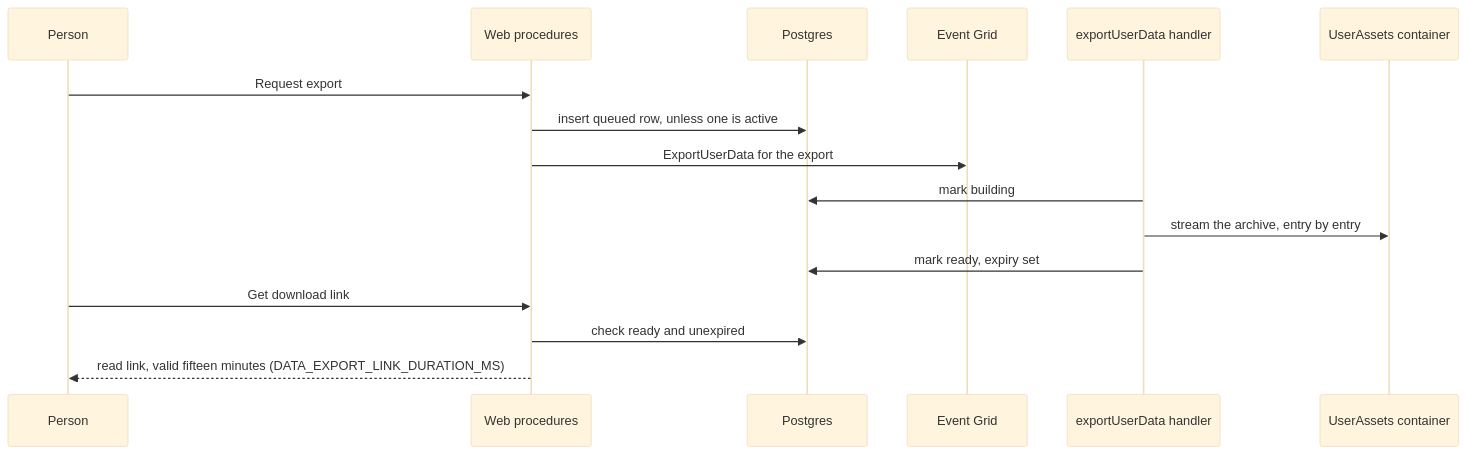
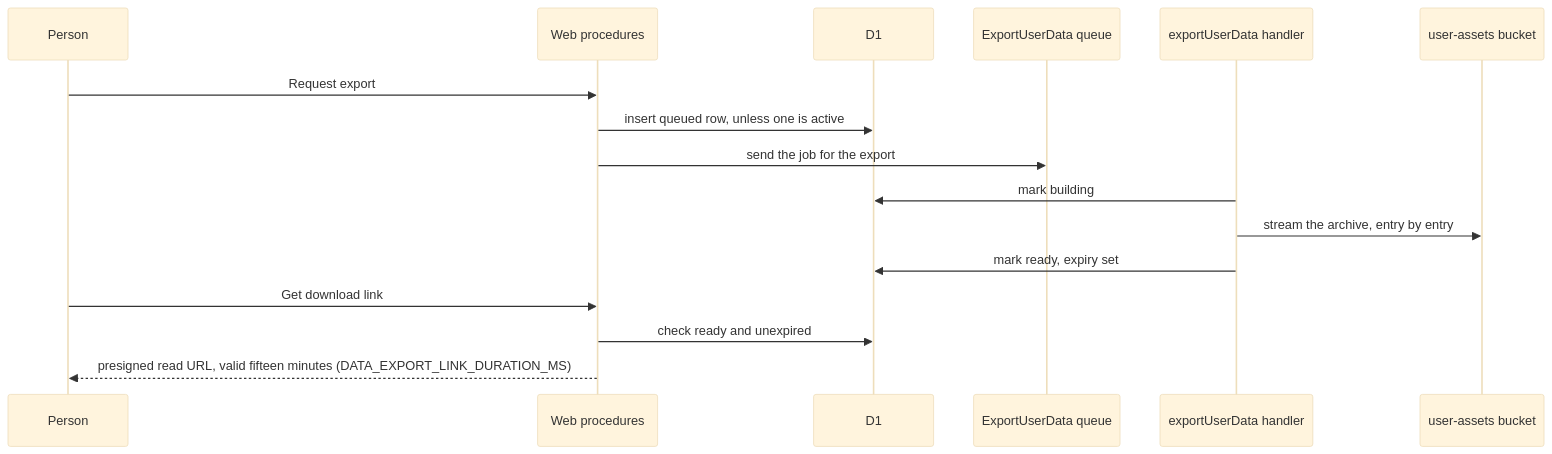
Before and after one commit to Esposter/Esposter: the diagram in openspec/specs/user/data-export/design.md, drawn with Mermaid (base theme). The commit also changed other lines of this file and 2 other files, not shown here.

Commit message:
docs(openspec): account deletion, data export and session management describe the D1 rows, the queue job, the room and user objects and R2 objects

````diff
--- a/openspec/specs/user/data-export/design.md
+++ b/openspec/specs/user/data-export/design.md
@@ -66,18 +66,18 @@
 ```mermaid
 sequenceDiagram
   participant Person
   participant Web as Web procedures
-  participant DB as Postgres
-  participant EG as Event Grid
+  participant DB as D1
+  participant Q as ExportUserData queue
   participant Handler as exportUserData handler
-  participant Blob as UserAssets container
+  participant R2 as user-assets bucket
   Person->>Web: Request export
   Web->>DB: insert queued row, unless one is active
-  Web->>EG: ExportUserData for the export
+  Web->>Q: send the job for the export
   Handler->>DB: mark building
-  Handler->>Blob: stream the archive, entry by entry
+  Handler->>R2: stream the archive, entry by entry
   Handler->>DB: mark ready, expiry set
   Person->>Web: Get download link
   Web->>DB: check ready and unexpired
-  Web-->>Person: read link, valid fifteen minutes (DATA_EXPORT_LINK_DURATION_MS)
+  Web-->>Person: presigned read URL, valid fifteen minutes (DATA_EXPORT_LINK_DURATION_MS)
 ```
````
